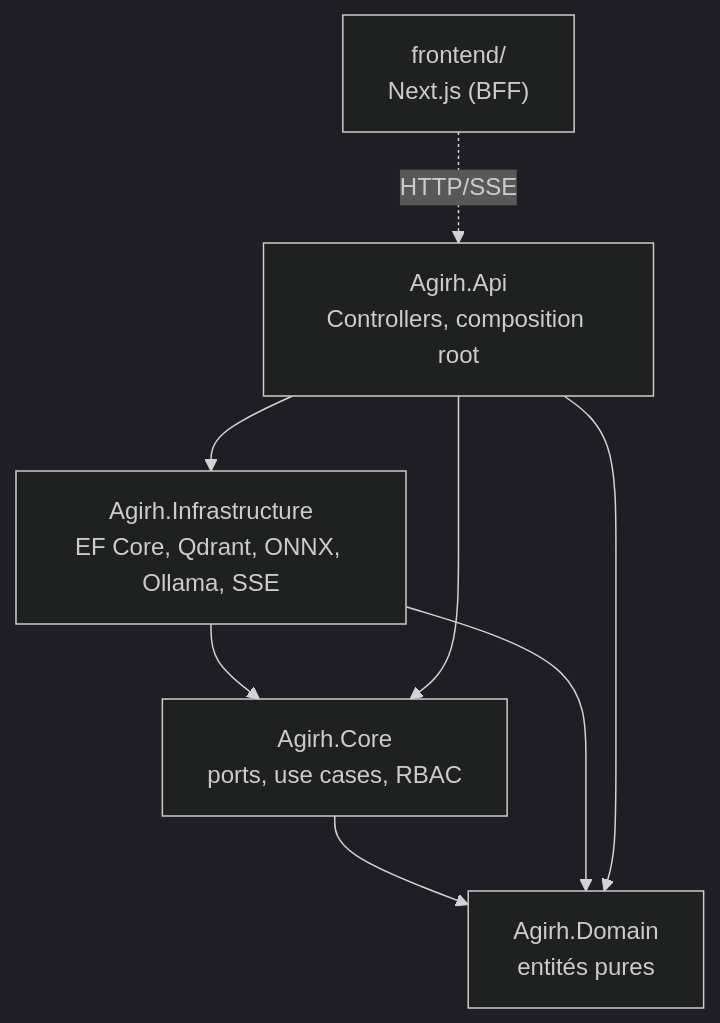
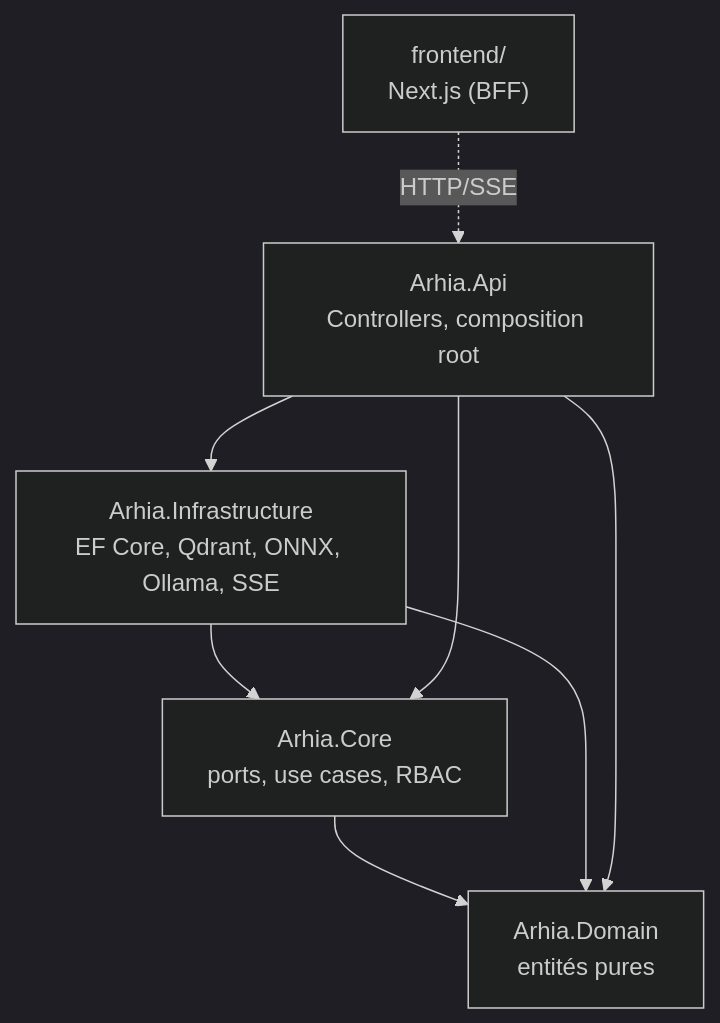
The diagram in README.md (wekt2k04/arhia), drawn with Mermaid (dark theme) before and after one commit. The commit also changed other lines of this file and 87 other files, not shown here.

````diff
--- a/README.md
+++ b/README.md
@@ -28,16 +28,16 @@
 ```mermaid
 graph TB
-    Domain["Agirh.Domain<br/>entités pures"]
-    Core["Agirh.Core<br/>ports, use cases, RBAC"]
-    Infra["Agirh.Infrastructure<br/>EF Core, Qdrant, ONNX, Ollama, SSE"]
-    Api["Agirh.Api<br/>Controllers, composition root"]
+    Domain["Arhia.Domain<br/>entités pures"]
+    Core["Arhia.Core<br/>ports, use cases, RBAC"]
+    Infra["Arhia.Infrastructure<br/>EF Core, Qdrant, ONNX, Ollama, SSE"]
+    Api["Arhia.Api<br/>Controllers, composition root"]
     Front["frontend/<br/>Next.js (BFF)"]
 
     Core --> Domain
     Infra --> Core
     Infra --> Domain
     Api --> Infra
     Api --> Core
     Api --> Domain
     Front -.HTTP/SSE.-> Api
 ```
````
